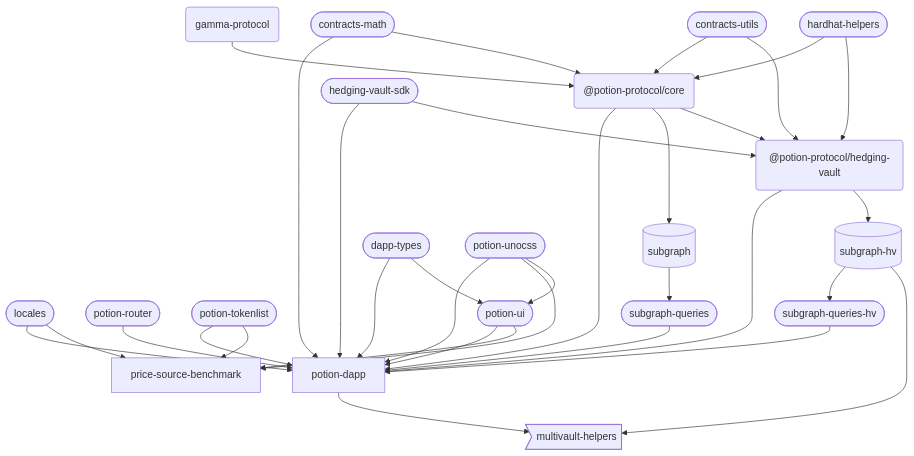
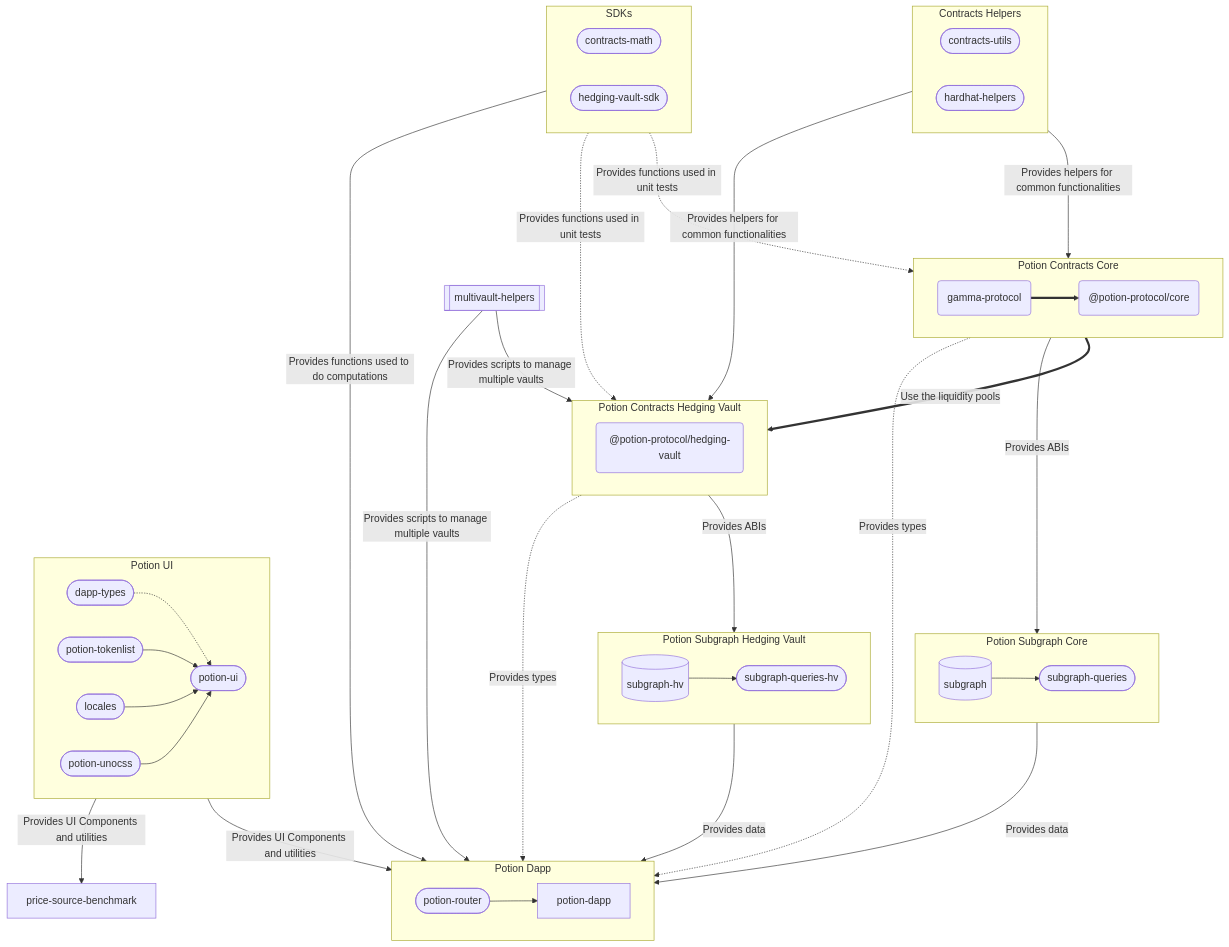
The diagram in README.md (ntropika-labs/potion-protocol), drawn with Mermaid before and after one commit.

Commit message:
docs: update mermaid rendering

````diff
--- a/README.md
+++ b/README.md
@@ -214,55 +214,63 @@
 ```mermaid
-    graph TD;
-      A[potion-dapp]
-      B[price-source-benchmark]
-      C[(subgraph)]
-      D[(subgraph-hv)]
-      E("@potion-protocol/core")
-      F("@potion-protocol/hedging-vault")
-      G(gamma-protocol)
-      H([contracts-math])
-      I([contracts-utils])
-      J([dapp-types])
-      K([hardhat-helpers])
-      L([hedging-vault-sdk])
-      M([locales])
-      N([potion-router])
-      O([potion-tokenlist])
-      P([potion-ui])
-      Q([potion-unocss])
-      R([subgraph-queries])
-      S([subgraph-queries-hv])
-      T>multivault-helpers]
-      A --> T
-      C --> R
-      D --> S
-      D --> T
-      E --> A
-      E --> C
-      E --> F
-      F --> A
-      F --> D
-      G --> E
-      H --> A
-      H --> E
-      I --> E
-      I --> F
-      J --> A
-      J --> P
-      K --> E
-      K --> F
-      L --> A
-      L --> F
-      M --> A
-      M --> B
-      N --> A
-      O --> A
-      O --> B
-      P --> A
-      P --> B
-      Q --> A
-      Q --> B
-      Q --> P
-      R --> A
-      S --> A
+flowchart TD;
+  A[potion-dapp]
+  B[price-source-benchmark]
+  C[(subgraph)]
+  D[(subgraph-hv)]
+  E("@potion-protocol/core")
+  F("@potion-protocol/hedging-vault")
+  G(gamma-protocol)
+  H([contracts-math])
+  I([contracts-utils])
+  J([dapp-types])
+  K([hardhat-helpers])
+  L([hedging-vault-sdk])
+  M([locales])
+  N([potion-router])
+  O([potion-tokenlist])
+  P([potion-ui])
+  Q([potion-unocss])
+  R([subgraph-queries])
+  S([subgraph-queries-hv])
+  T[[multivault-helpers]]
+  subgraph CHLP [Contracts Helpers]
+    I
+    K
+  end
+  subgraph PCC [Potion Contracts Core]
+    G ==> E
+  end
+  subgraph PCHV [Potion Contracts Hedging Vault]
+    F
+  end
+  subgraph PD [Potion Dapp]
+    N --> A
+  end
+  subgraph PSC [Potion Subgraph Core]
+    C --> R 
+  end
+  subgraph PSHV [Potion Subgraph Hedging Vault]
+    D --> S
+  end
+  subgraph PU [Potion UI]
+    J -.-> P
+    O --> P
+    M --> P
+    Q --> P
+  end
+  subgraph SDK [SDKs]
+    H 
+    L
+  end
+  CHLP -- Provides helpers for common functionalities ---> PCC & PCHV
+  PCC == Use the liquidity pools ==> PCHV
+  PCC -- Provides ABIs --> PSC
+  PCHV -- Provides ABIs --> PSHV
+  PCC & PCHV -. Provides types .-> PD
+  PSC & PSHV -- Provides data --> PD
+  PU -- Provides UI Components and utilities --> PD & B
+  SDK -. Provides functions used in unit tests ..-> PCC & PCHV
+  SDK -- Provides functions used to do computations --> PD
+  T -- Provides scripts to manage multiple vaults --> PCHV & PD
+
 ```
````
